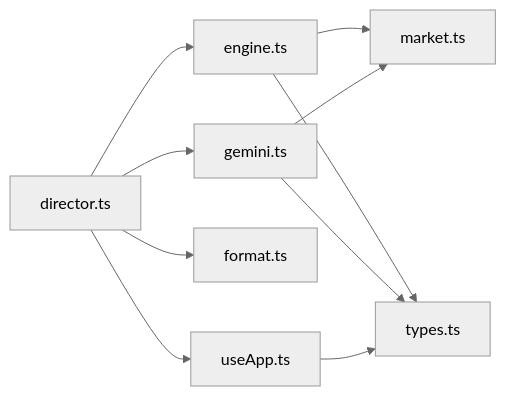
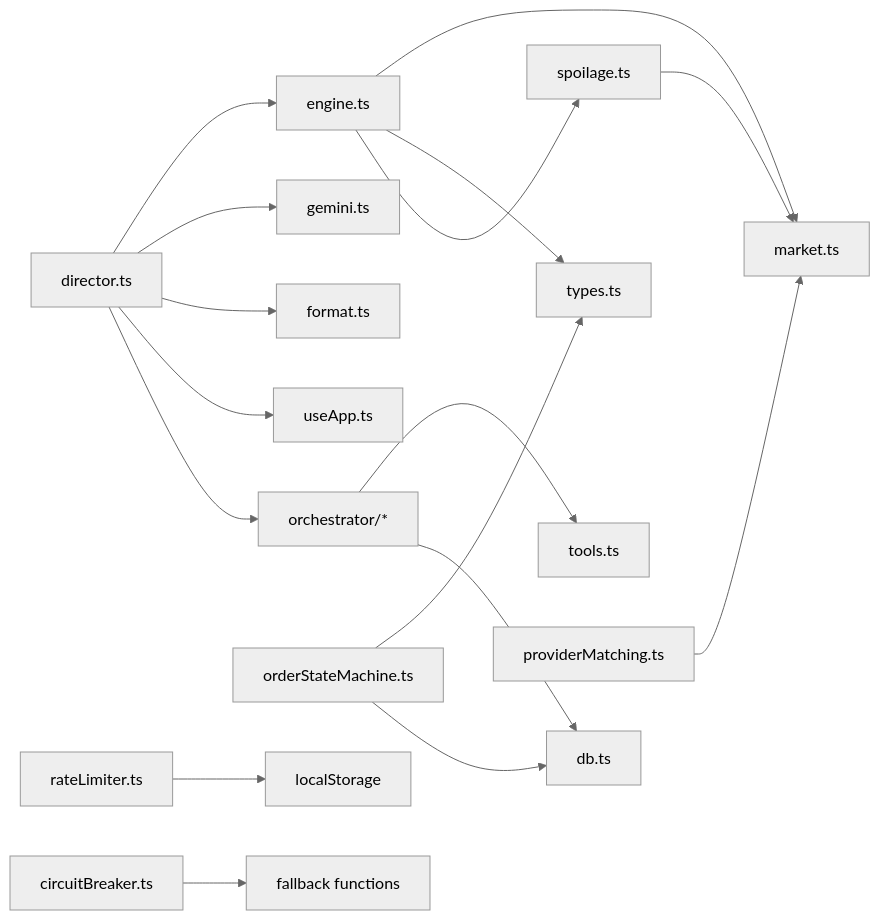
The ninth of 9 diagrams in .qoder/repowiki/en/content/Architecture Overview/Business Logic Layer.md (MudassarAbrar/FreshRoute-Ai), drawn with Mermaid (neutral theme) before and after one commit. The commit also changed other lines of this file and 179 other files, not shown here.

````diff
--- a/.qoder/repowiki/en/content/Architecture Overview/Business Logic Layer.md
+++ b/.qoder/repowiki/en/content/Architecture Overview/Business Logic Layer.md
@@ -279,12 +577,19 @@
 ```mermaid
 graph LR
 Director["director.ts"] --> Engine["engine.ts"]
 Director --> Gemini["gemini.ts"]
 Director --> Format["format.ts"]
 Director --> Store["useApp.ts"]
+Director --> Orchestrator["orchestrator/*"]
 Engine --> Market["market.ts"]
 Engine --> Types["types.ts"]
-Gemini --> Market
-Gemini --> Types
-Store --> Types
+Engine --> Spoilage["spoilage.ts"]
+Spoilage --> Market
+Orchestrator --> Tools["tools.ts"]
+Orchestrator --> DB["db.ts"]
+ProviderMatching["providerMatching.ts"] --> Market
+OrderSM["orderStateMachine.ts"] --> Types
+OrderSM --> DB
+RateLimiter["rateLimiter.ts"] --> Storage["localStorage"]
+CircuitBreaker["circuitBreaker.ts"] --> Fallback["fallback functions"]
 ```
````
